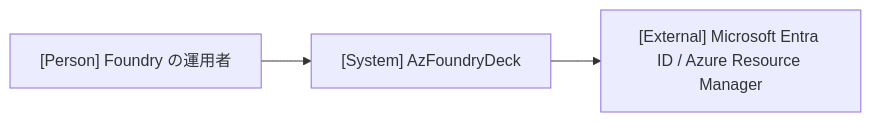
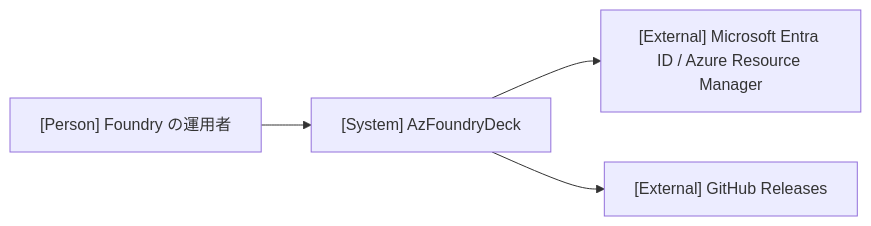
Before and after one commit to nuitsjp/azfoundry-deck: the diagram in docs/architecture.md, drawn with Mermaid. The commit also changed other lines of this file and 26 other files, not shown here.

````diff
--- a/docs/architecture.md
+++ b/docs/architecture.md
@@ -9,7 +9,9 @@
 ```mermaid
 flowchart LR
   user["[Person] Foundry の運用者"]
   system["[System] AzFoundryDeck"]
   external["[External] Microsoft Entra ID / Azure Resource Manager"]
+  releases["[External] GitHub Releases"]
   user --> system --> external
+  system --> releases
 ```
````
